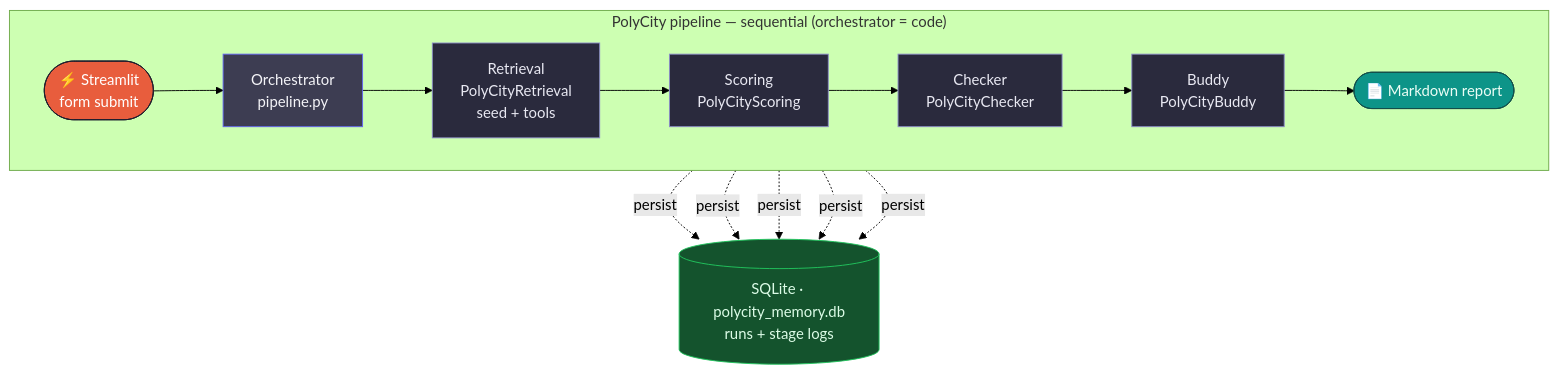
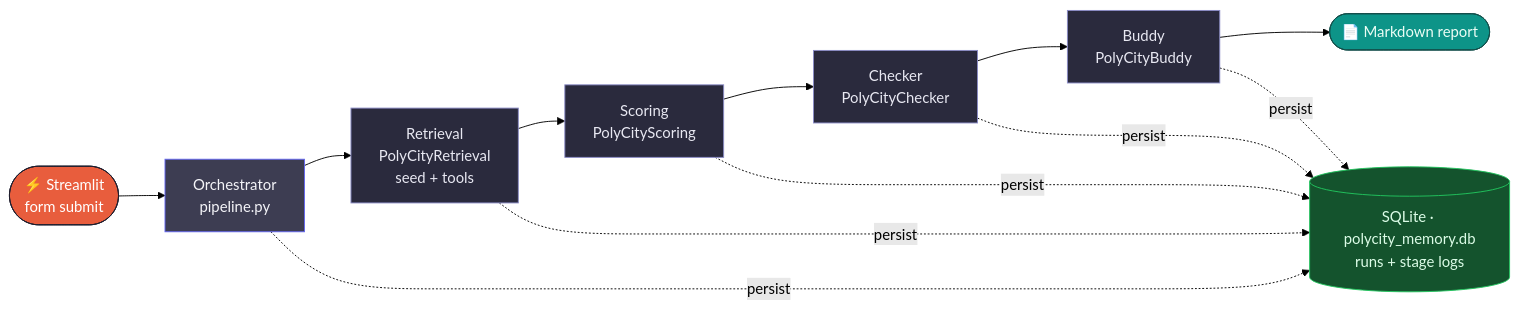
One commit to phphoebe/polycity-stay changed the diagram in ARCHITECTURE.md. Above: the diagram before and after it, drawn with Mermaid (forest theme). The commit also changed other lines of this file, not shown here.

Commit message:
feat: Test and Update Diagram

````diff
--- a/ARCHITECTURE.md
+++ b/ARCHITECTURE.md
@@ -9,27 +9,25 @@
 ```mermaid
-flowchart TB
+flowchart LR
     classDef trigger fill:#e85d3d,stroke:#1e1e2e,color:#fff
     classDef orch fill:#3d3d52,stroke:#6366f1,color:#f4f4f8
     classDef ai fill:#2a2a3d,stroke:#8b8cc7,color:#e8e8f2
     classDef out fill:#0d9488,stroke:#134e4a,color:#ecfdf5
     classDef db fill:#14532d,stroke:#22c55e,color:#dcfce7
 
-    subgraph run["PolyCity pipeline — sequential (orchestrator = code)"]
-        direction LR
-        T([⚡ Streamlit<br/>form submit]):::trigger
-        O[Orchestrator<br/>pipeline.py]:::orch
-        A1[Retrieval<br/>PolyCityRetrieval<br/>seed + tools]:::ai
-        A2[Scoring<br/>PolyCityScoring]:::ai
-        A3[Checker<br/>PolyCityChecker]:::ai
-        A4[Buddy<br/>PolyCityBuddy]:::ai
-        R([📄 Markdown report]):::out
-        T --> O --> A1 --> A2 --> A3 --> A4 --> R
-    end
+    T([⚡ Streamlit<br/>form submit]):::trigger
+    O[Orchestrator<br/>pipeline.py]:::orch
+    A1[Retrieval<br/>PolyCityRetrieval<br/>seed + tools]:::ai
+    A2[Scoring<br/>PolyCityScoring]:::ai
+    A3[Checker<br/>PolyCityChecker]:::ai
+    A4[Buddy<br/>PolyCityBuddy]:::ai
+    R([📄 Markdown report]):::out
+    DB[(SQLite · polycity_memory.db<br/>runs + stage logs)]:::db
 
-    DB[(SQLite · polycity_memory.db<br/>runs + stage logs)]:::db
+    T --> O --> A1 --> A2 --> A3 --> A4 --> R
+
     O -.->|persist| DB
     A1 -.->|persist| DB
     A2 -.->|persist| DB
     A3 -.->|persist| DB
     A4 -.->|persist| DB
 ```
````
